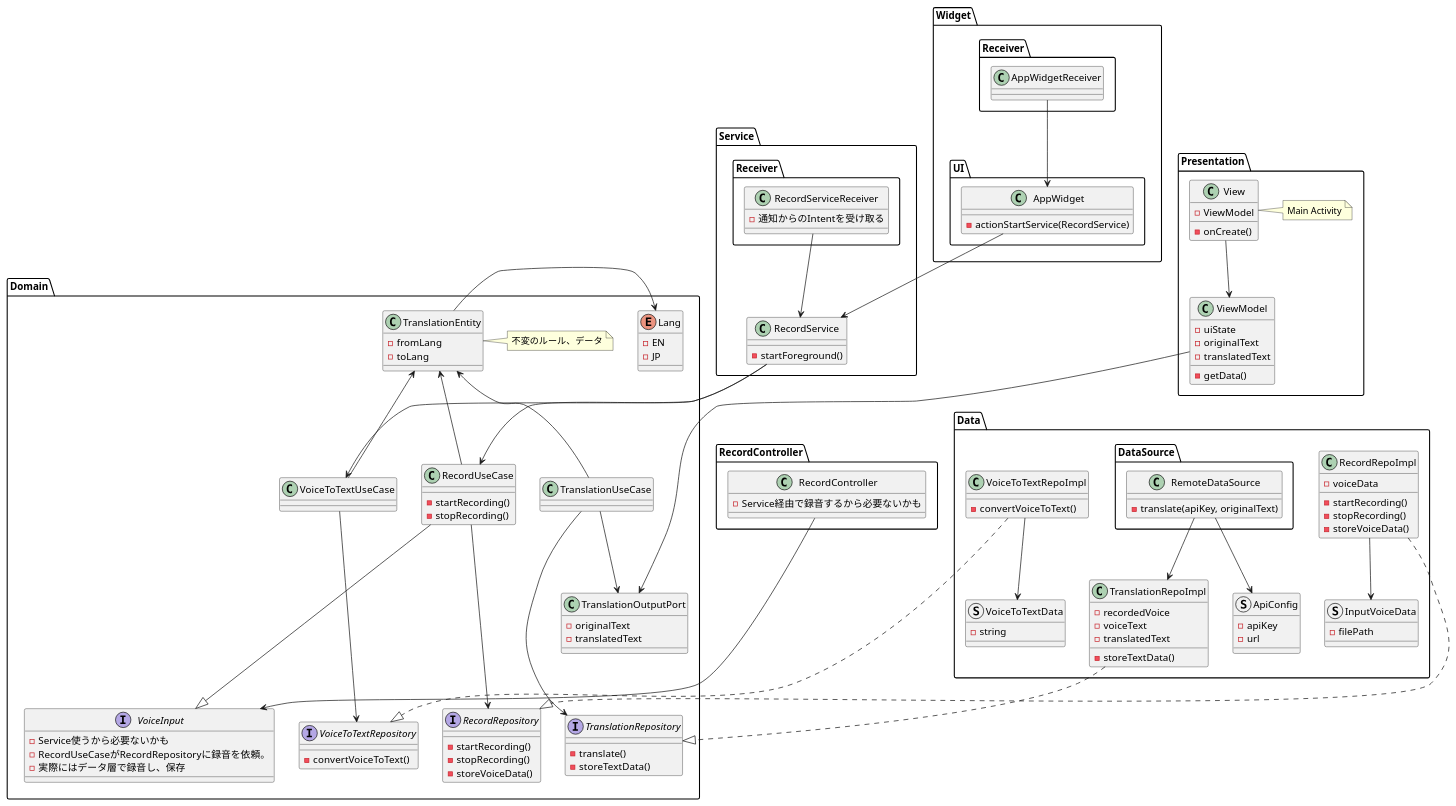
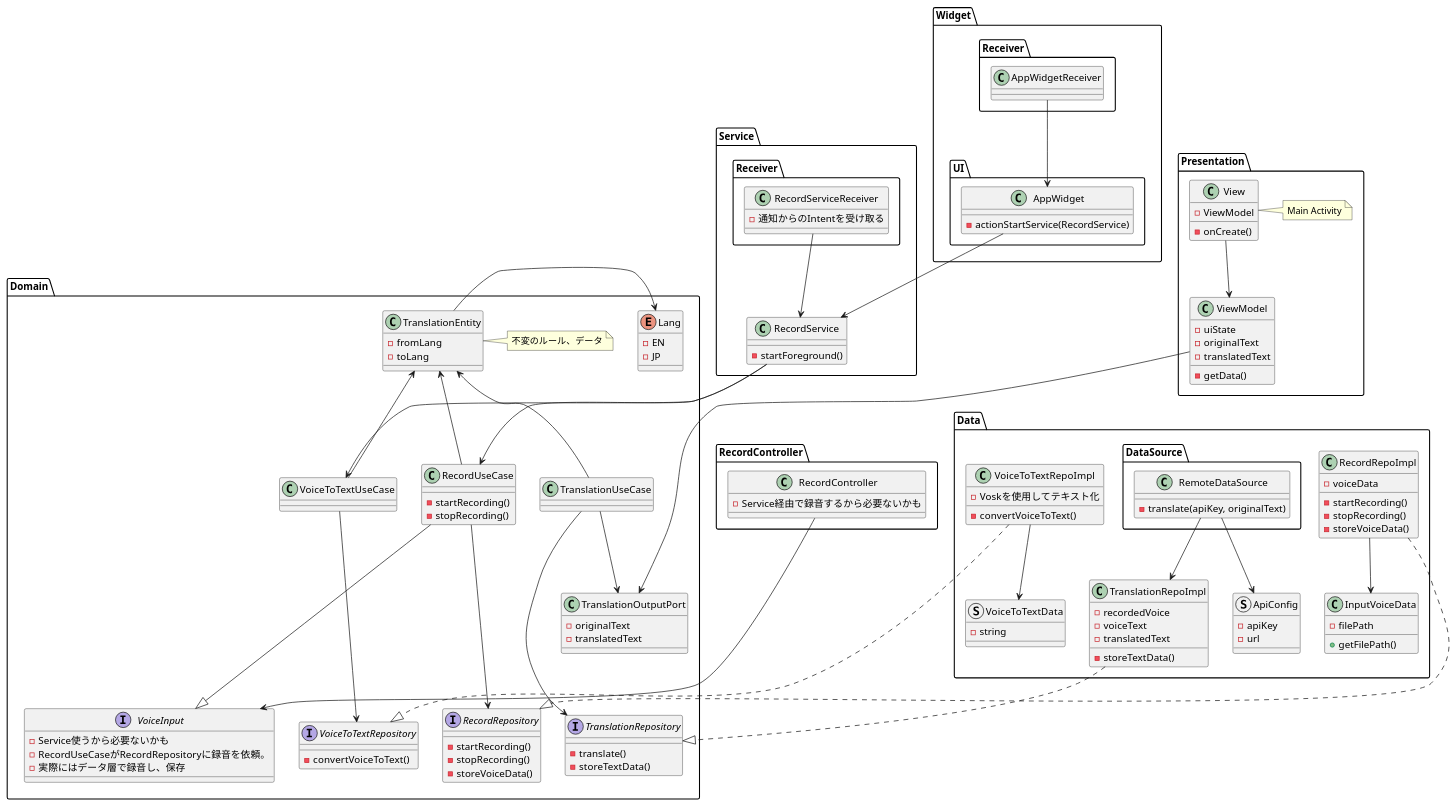
One commit to eight50/SeamlessTranslation changed the diagram in app/docs/class_overview.puml. Above: the diagram before and after it, drawn with PlantUML. The commit also changed 1 other file, not shown here.

```diff
--- a/app/docs/class_overview.puml
+++ b/app/docs/class_overview.puml
@@ -1,189 +1,191 @@
 @startuml
 
 package Domain {
 
     together {
         class TranslationEntity {
             - fromLang
             - toLang
         }
 
         enum Lang {
             - EN
             - JP
         }
     }
 
     together {
         class TranslationUseCase {
 
         }
 
         class RecordUseCase {
             - startRecording()
             - stopRecording()
         }
 
         class VoiceToTextUseCase {
 
         }
     }
 
     together {
         interface TranslationRepository {
             - translate()
             - storeTextData()
         }
 
         interface RecordRepository {
             - startRecording()
             - stopRecording()
             - storeVoiceData()
         }
 
         interface VoiceToTextRepository {
             - convertVoiceToText()
 
         }
 
         interface VoiceInput {
             - Service使うから必要ないかも
             - RecordUseCaseがRecordRepositoryに録音を依頼。
             - 実際にはデータ層で録音し、保存
         }
 
     }
 
     class TranslationOutputPort {
         - originalText
         - translatedText
     }
 
 
 
     TranslationEntity --right> Lang
     TranslationUseCase --up> TranslationEntity
     TranslationUseCase --> TranslationRepository
     TranslationUseCase --> TranslationOutputPort
     RecordUseCase --up> TranslationEntity
     RecordUseCase --> RecordRepository
     RecordUseCase ---|> VoiceInput
     VoiceToTextUseCase --up> TranslationEntity
     VoiceToTextUseCase --> VoiceToTextRepository
 
     note right of TranslationEntity : 不変のルール、データ
 }
 
 
 package RecordController {
     class RecordController {
         - Service経由で録音するから必要ないかも
     }
 
     RecordController ---> VoiceInput
 
 }
 
 
 package Presentation {
     class View {
         - ViewModel
         - onCreate()
     }
 
     class ViewModel {
         - uiState
         - originalText
         - translatedText
         - getData()
     }
 
     View --> ViewModel
     ViewModel ---> TranslationOutputPort
     note right of View : Main Activity
 }
 
 
 package Data {
     class TranslationRepoImpl {
         - recordedVoice
         - voiceText
         - translatedText
         - storeTextData()
     }
 
     class RecordRepoImpl {
         - voiceData
         - startRecording()
         - stopRecording()
         - storeVoiceData()
     }
 
     class VoiceToTextRepoImpl {
+        - Voskを使用してテキスト化
         - convertVoiceToText()
     }
 
     struct ApiConfig {
         - apiKey
         - url
     }
 
-    struct InputVoiceData {
+    class InputVoiceData {
         - filePath
+        + getFilePath()
     }
 
     struct VoiceToTextData {
         - string
     }
 
 
     package DataSource {
 
         class RemoteDataSource {
             - translate(apiKey, originalText)
         }
     }
 
 
     TranslationRepoImpl ..|> TranslationRepository
     RecordRepoImpl ..|> RecordRepository
     RecordRepoImpl --> InputVoiceData
     RemoteDataSource --> TranslationRepoImpl
     RemoteDataSource --> ApiConfig
     VoiceToTextRepoImpl ..|> VoiceToTextRepository
     VoiceToTextRepoImpl --> VoiceToTextData
 
 }
 
 package Service {
     class RecordService {
         - startForeground()
     }
 
     package Receiver{
         class RecordServiceReceiver {
             - 通知からのIntentを受け取る
         }
     }
 
     RecordServiceReceiver --> RecordService
     RecordService --> RecordUseCase
     RecordService --> VoiceToTextUseCase
 }
 
 package Widget {
     package UI {
         class AppWidget {
             - actionStartService(RecordService)
         }
     }
 
     package Receiver {
         class AppWidgetReceiver
     }
 
     Receiver.AppWidgetReceiver --> UI.AppWidget
     AppWidget --> Service.RecordService
 }
 
 @enduml
```
